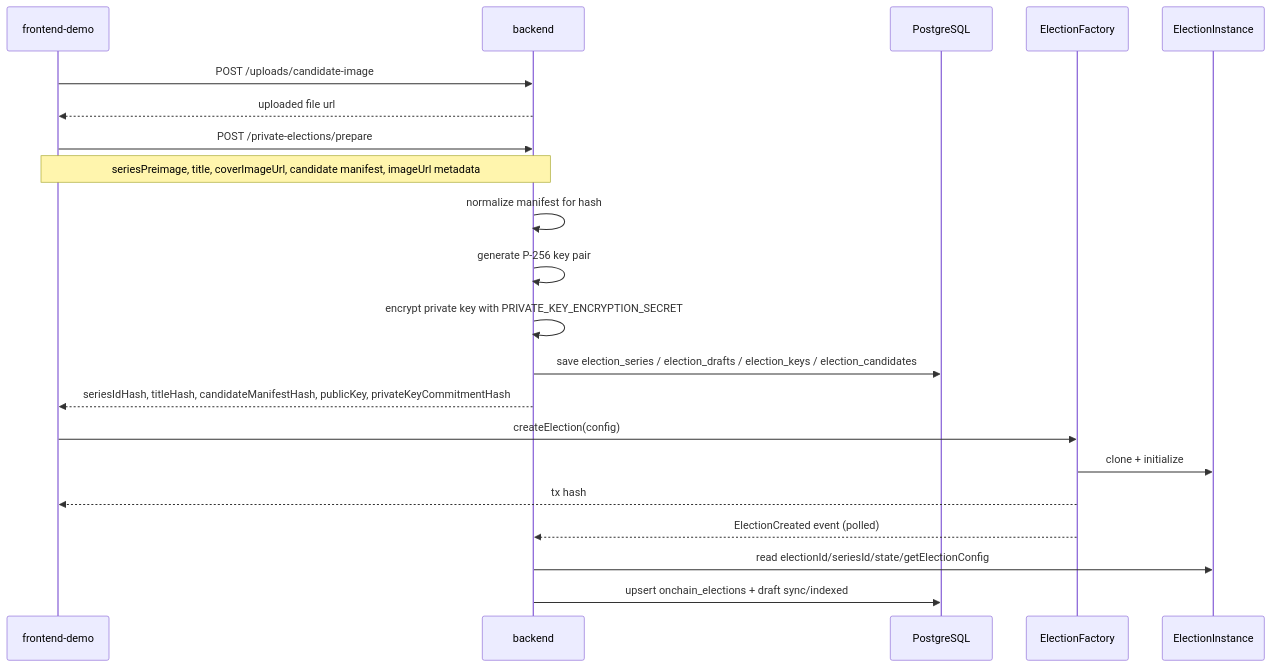
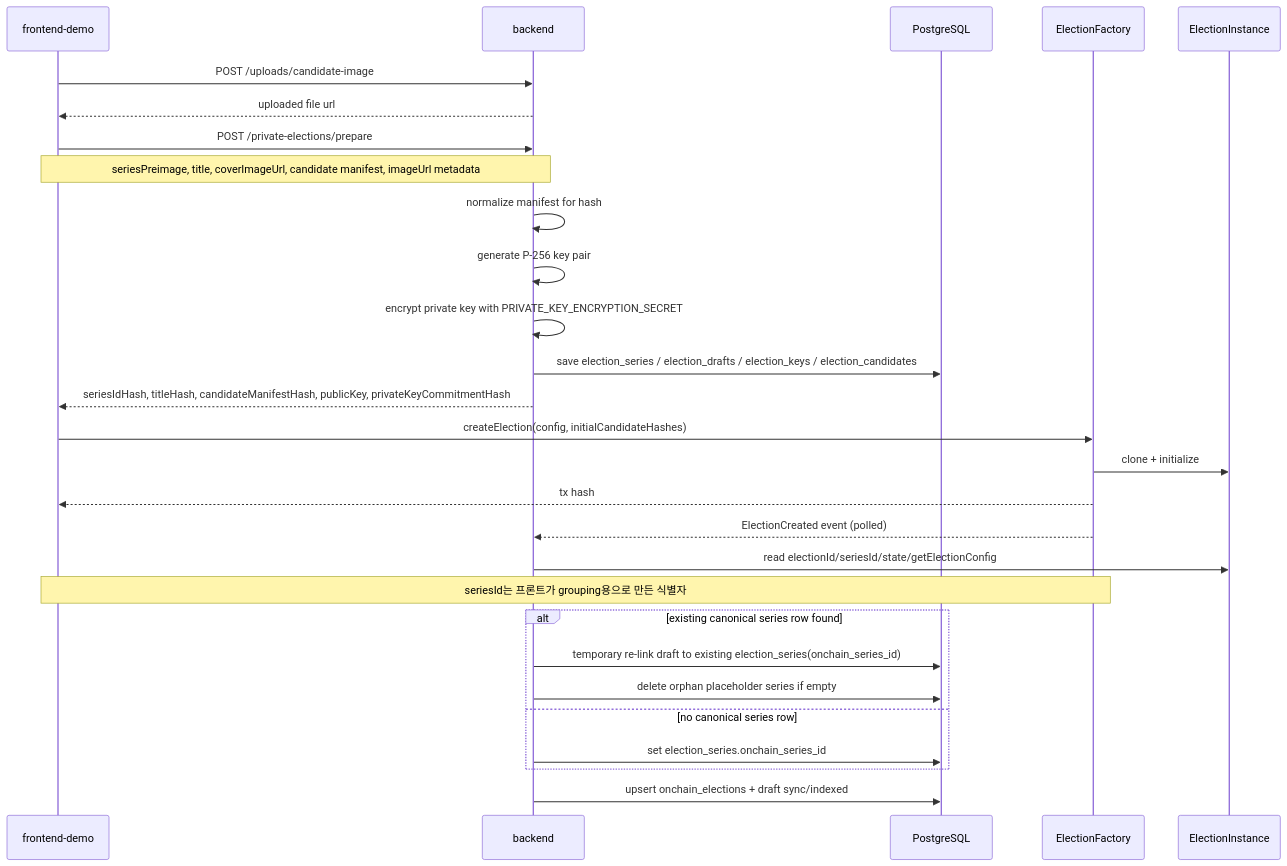
Before and after one commit to VESTAr-BAY/vestar-backend: the third of 9 diagrams in README.md, drawn with Mermaid. The commit also changed other lines of this file and 8 other files, not shown here.

Commit message:
refactor: align backend schema and indexer with current contract flow

````diff
--- a/README.md
+++ b/README.md
@@ -97,26 +103,33 @@
 ```mermaid
 sequenceDiagram
   participant FE as frontend-demo
   participant BE as backend
   participant DB as PostgreSQL
   participant FC as ElectionFactory
   participant EL as ElectionInstance
 
   FE->>BE: POST /uploads/candidate-image
   BE-->>FE: uploaded file url
 
   FE->>BE: POST /private-elections/prepare
   Note over FE,BE: seriesPreimage, title, coverImageUrl, candidate manifest, imageUrl metadata
   BE->>BE: normalize manifest for hash
   BE->>BE: generate P-256 key pair
   BE->>BE: encrypt private key with PRIVATE_KEY_ENCRYPTION_SECRET
   BE->>DB: save election_series / election_drafts / election_keys / election_candidates
   BE-->>FE: seriesIdHash, titleHash, candidateManifestHash, publicKey, privateKeyCommitmentHash
 
-  FE->>FC: createElection(config)
+  FE->>FC: createElection(config, initialCandidateHashes)
   FC->>EL: clone + initialize
   FC-->>FE: tx hash
   FC-->>BE: ElectionCreated event (polled)
   BE->>EL: read electionId/seriesId/state/getElectionConfig
+  Note over FE,FC: seriesId는 프론트가 grouping용으로 만든 식별자
+  alt existing canonical series row found
+    BE->>DB: temporary re-link draft to existing election_series(onchain_series_id)
+    BE->>DB: delete orphan placeholder series if empty
+  else no canonical series row
+    BE->>DB: set election_series.onchain_series_id
+  end
   BE->>DB: upsert onchain_elections + draft sync/indexed
 ```
````
